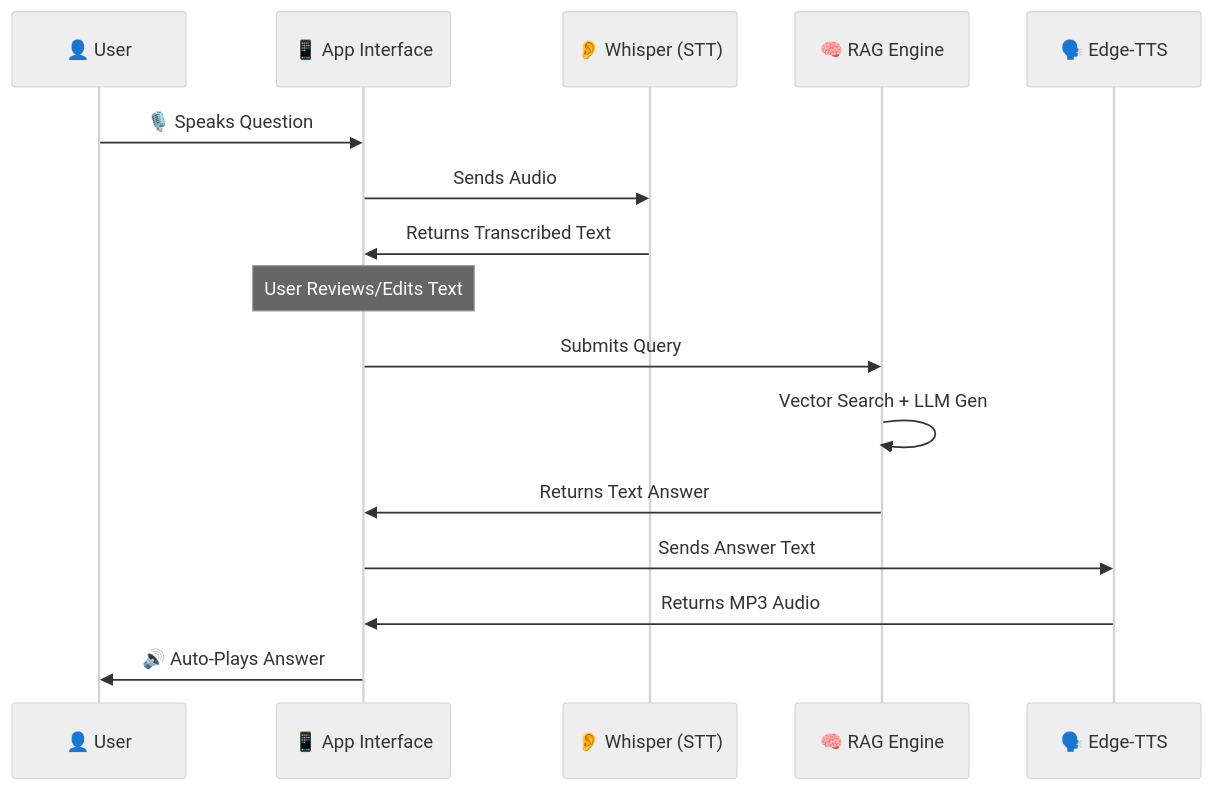
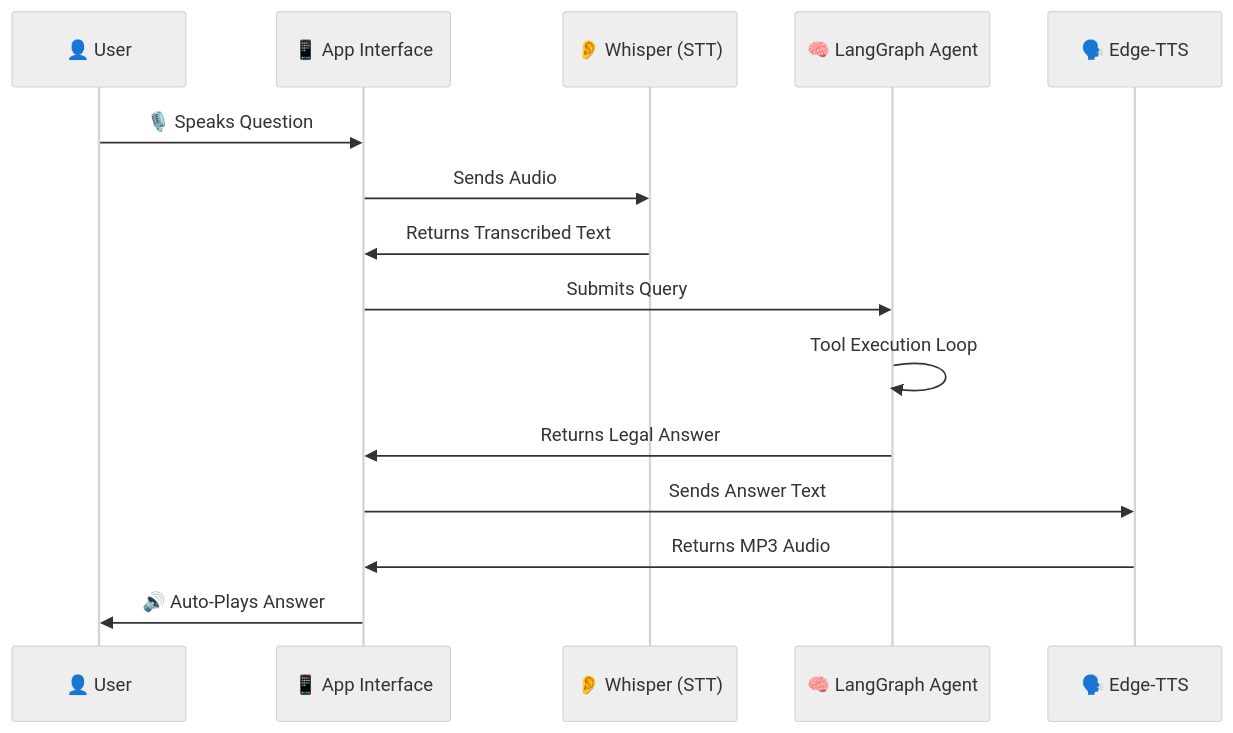
The second of 2 diagrams in README.md (Rkgorai/bharat_law_gpt), drawn with Mermaid (neutral theme) before and after one commit. The commit also changed other lines of this file, not shown here.

````diff
--- a/README.md
+++ b/README.md
@@ -42,22 +46,18 @@
 ```mermaid
 sequenceDiagram
     participant U as 👤 User
     participant UI as 📱 App Interface
     participant STT as 👂 Whisper (STT)
-    participant RAG as 🧠 RAG Engine
+    participant Agent as 🧠 LangGraph Agent
     participant TTS as 🗣️ Edge-TTS
     
     U->>UI: 🎙️ Speaks Question
     UI->>STT: Sends Audio
     STT->>UI: Returns Transcribed Text
-    
-    Note over UI: User Reviews/Edits Text
-    
-    UI->>RAG: Submits Query
-    RAG->>RAG: Vector Search + LLM Gen
-    RAG->>UI: Returns Text Answer
-    
+    UI->>Agent: Submits Query
+    Agent->>Agent: Tool Execution Loop
+    Agent->>UI: Returns Legal Answer
     UI->>TTS: Sends Answer Text
     TTS->>UI: Returns MP3 Audio
     UI->>U: 🔊 Auto-Plays Answer
 ```
````
